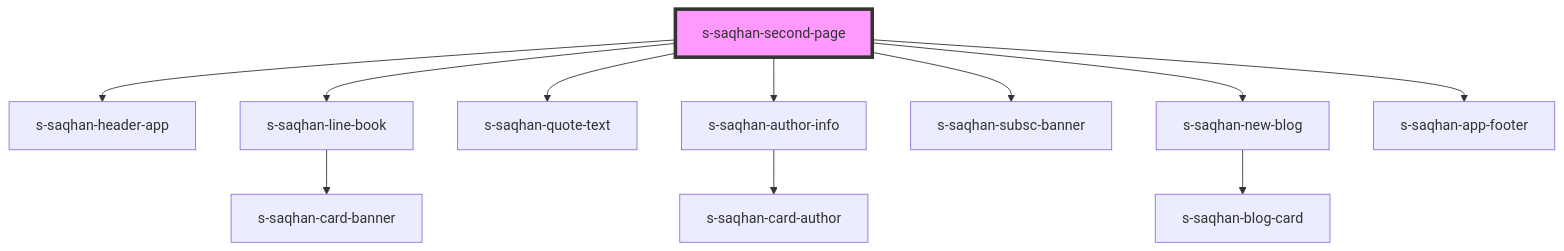
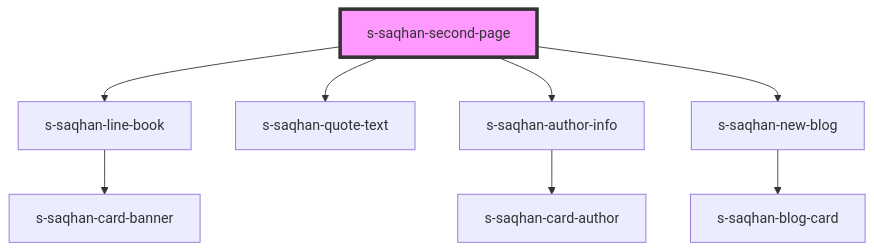
One commit to saqhan/stencil changed the diagram in src/components/s-saqhan-second-page/readme.md. Above: the diagram before and after it, drawn with Mermaid. The commit also changed other lines of this file and 84 other files, not shown here.

````diff
--- a/src/components/s-saqhan-second-page/readme.md
+++ b/src/components/s-saqhan-second-page/readme.md
@@ -21,14 +18,11 @@
 ```mermaid
 graph TD;
-  s-saqhan-second-page --> s-saqhan-header-app
   s-saqhan-second-page --> s-saqhan-line-book
   s-saqhan-second-page --> s-saqhan-quote-text
   s-saqhan-second-page --> s-saqhan-author-info
-  s-saqhan-second-page --> s-saqhan-subsc-banner
   s-saqhan-second-page --> s-saqhan-new-blog
-  s-saqhan-second-page --> s-saqhan-app-footer
   s-saqhan-line-book --> s-saqhan-card-banner
   s-saqhan-author-info --> s-saqhan-card-author
   s-saqhan-new-blog --> s-saqhan-blog-card
   style s-saqhan-second-page fill:#f9f,stroke:#333,stroke-width:4px
 ```
````
